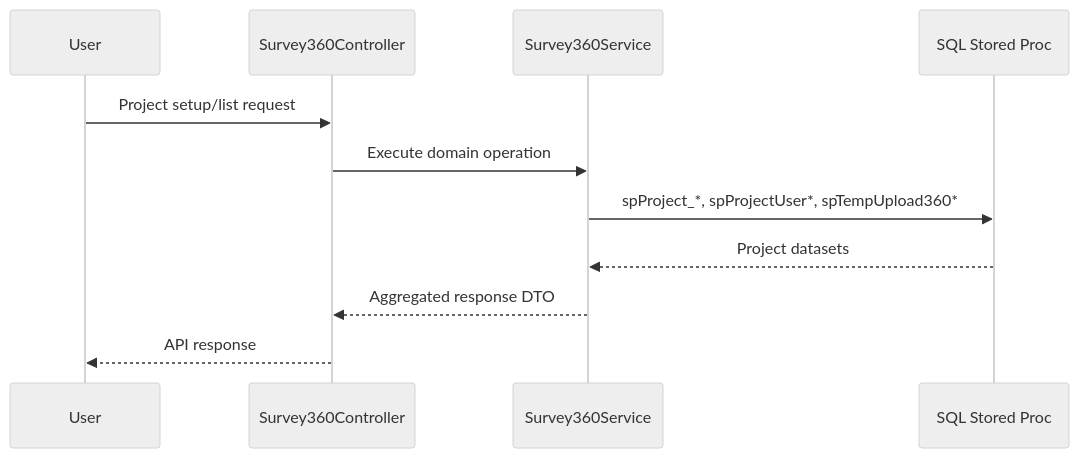
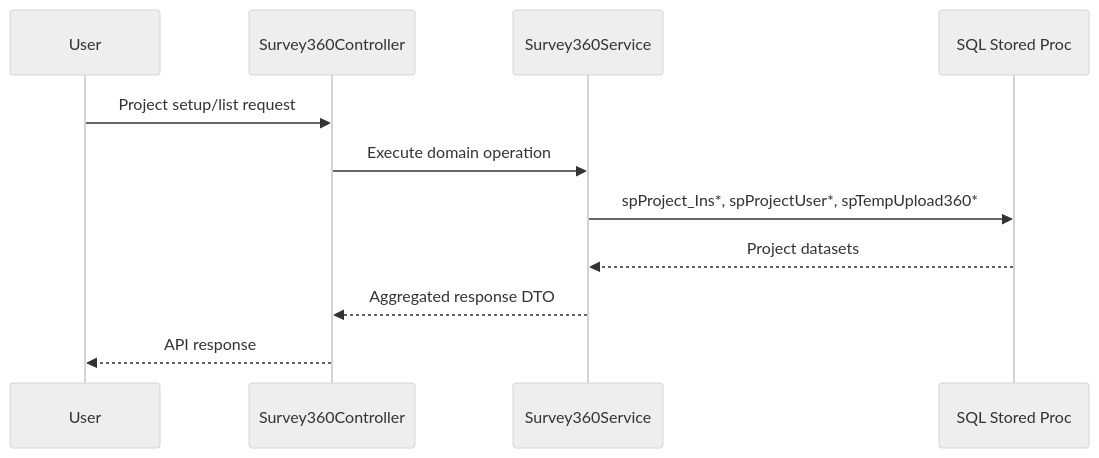
The fourth of 7 diagrams in ProjectOverview.md (SUGANTHAN54/Cantoo_dev_doc), drawn with Mermaid (neutral theme) before and after one commit. The commit also changed other lines of this file, not shown here.

````diff
--- a/ProjectOverview.md
+++ b/ProjectOverview.md
@@ -249,14 +249,14 @@
 ```mermaid
 sequenceDiagram
     participant U as User
     participant C as Survey360Controller
     participant S as Survey360Service
     participant DB as SQL Stored Proc
 
     U->>C: Project setup/list request
     C->>S: Execute domain operation
-    S->>DB: spProject_*, spProjectUser*, spTempUpload360*
+    S->>DB: spProject_Ins*, spProjectUser*, spTempUpload360*
     DB-->>S: Project datasets
     S-->>C: Aggregated response DTO
     C-->>U: API response
 ```
````
